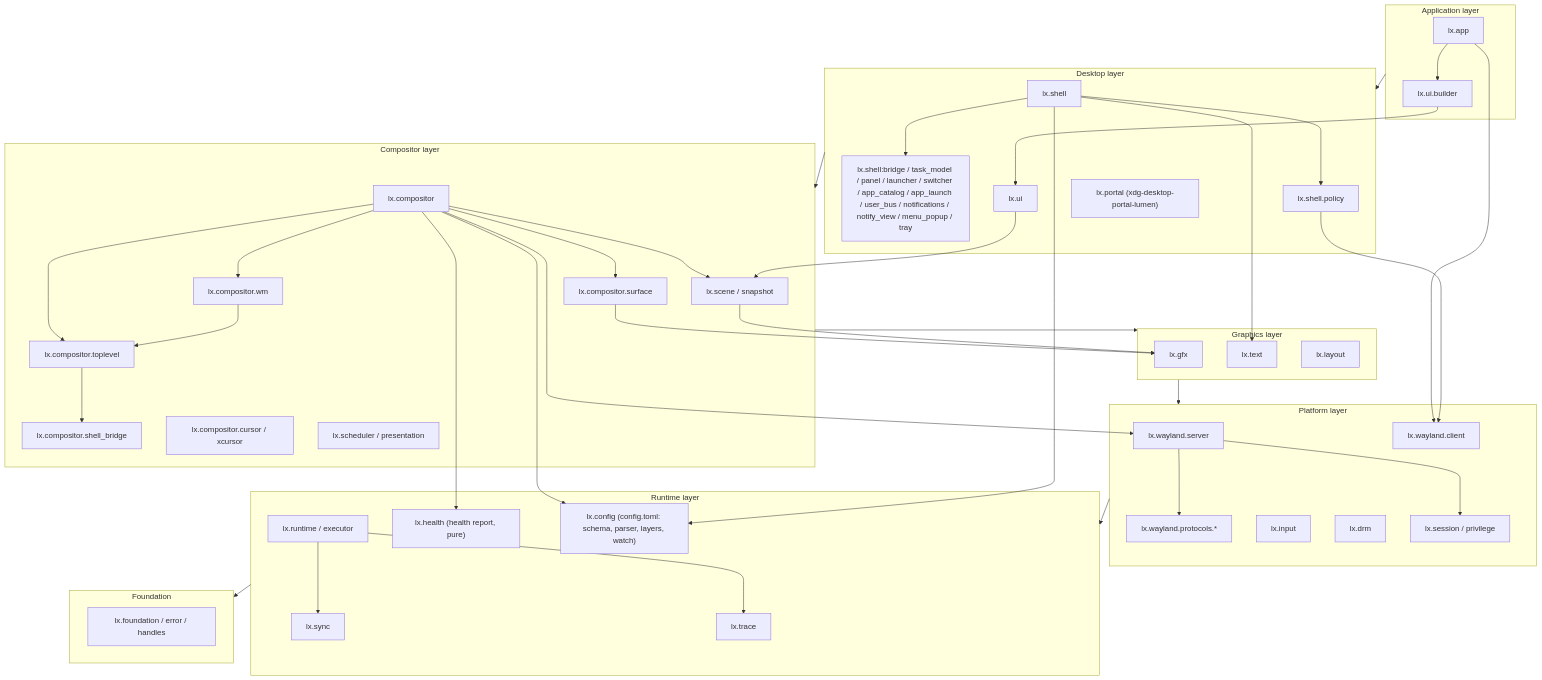
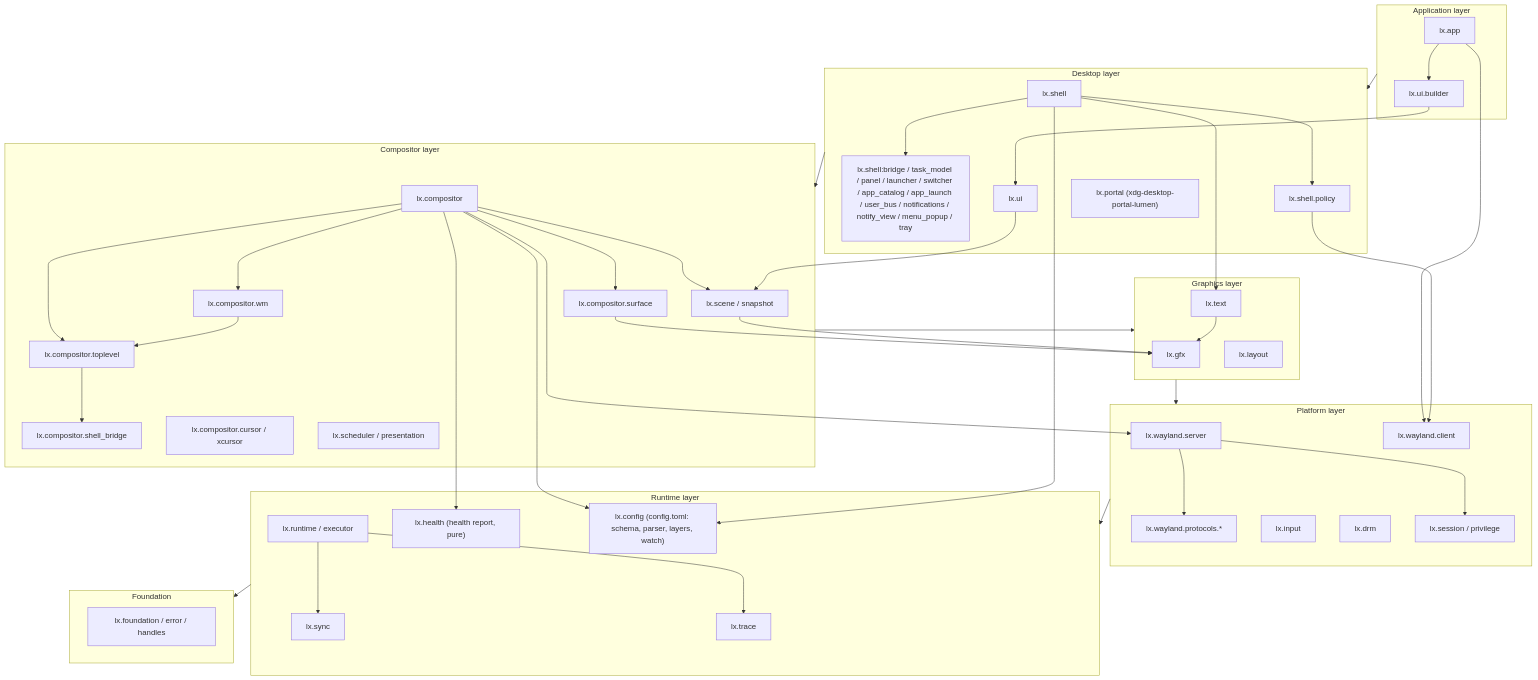
The second of 9 diagrams in docs/architecture.md (dimmus/lumen), drawn with Mermaid before and after one commit. The commit also changed other lines of this file and 15 other files, not shown here.

````diff
--- a/docs/architecture.md
+++ b/docs/architecture.md
@@ -286,77 +286,78 @@
 ```mermaid
 flowchart TB
     subgraph L6["Application layer"]
         APP["lx.app"]
         UIB["lx.ui.builder"]
     end
 
     subgraph L5["Desktop layer"]
         SH["lx.shell"]
         SHB["lx.shell:bridge / task_model / panel / launcher / switcher / app_catalog / app_launch / user_bus / notifications / notify_view / menu_popup / tray"]
         SHP["lx.shell.policy"]
         UI["lx.ui"]
         PORTAL["lx.portal (xdg-desktop-portal-lumen)"]
     end
 
     subgraph L4["Compositor layer"]
         COMP["lx.compositor"]
         CTOP["lx.compositor.toplevel"]
         CWM["lx.compositor.wm"]
         CBR["lx.compositor.shell_bridge"]
         CSURF["lx.compositor.surface"]
         CCUR["lx.compositor.cursor / xcursor"]
         SCENE["lx.scene / snapshot"]
         SCHED["lx.scheduler / presentation"]
     end
 
     subgraph L3["Graphics layer"]
         GFX["lx.gfx"]
         TEXT["lx.text"]
         LAY["lx.layout"]
     end
 
     subgraph L2["Platform layer"]
         WLS["lx.wayland.server"]
         WLC["lx.wayland.client"]
         WLPR["lx.wayland.protocols.*"]
         INP["lx.input"]
         DRM["lx.drm"]
         SESS["lx.session / privilege"]
     end
 
     subgraph L1["Runtime layer"]
         RT["lx.runtime / executor"]
         SYNC["lx.sync"]
         TRACE["lx.trace"]
         HEALTH["lx.health (health report, pure)"]
         CONFIG["lx.config (config.toml: schema, parser, layers, watch)"]
     end
 
     subgraph L0["Foundation"]
         FOUND["lx.foundation / error / handles"]
     end
 
     APP --> UIB --> UI
     APP --> WLC
     SH --> SHB
     SH --> SHP --> WLC
     SH --> TEXT
+    TEXT --> GFX
     COMP --> WLS --> WLPR
     COMP --> CTOP --> CBR
     COMP --> CWM --> CTOP
     COMP --> CSURF --> GFX
     COMP --> SCENE --> GFX
     UI --> SCENE
     WLS --> SESS
     COMP --> HEALTH
     COMP --> CONFIG
     SH --> CONFIG
     RT --> SYNC
     RT --> TRACE
     L1 --> L0
     L2 --> L1
     L3 --> L2
     L4 --> L3
     L5 --> L4
     L6 --> L5
 ```
````
